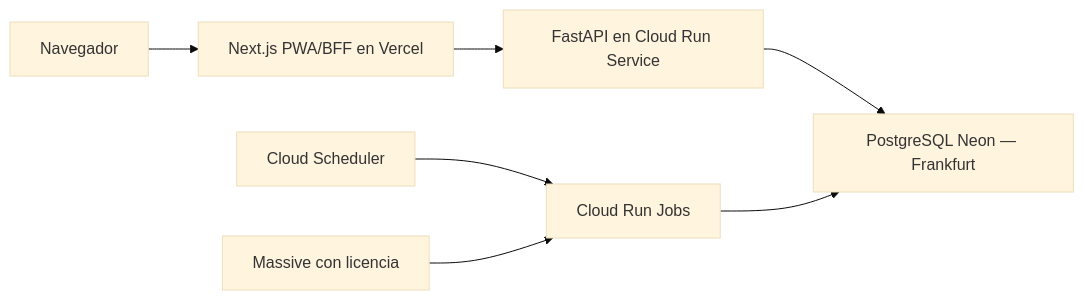
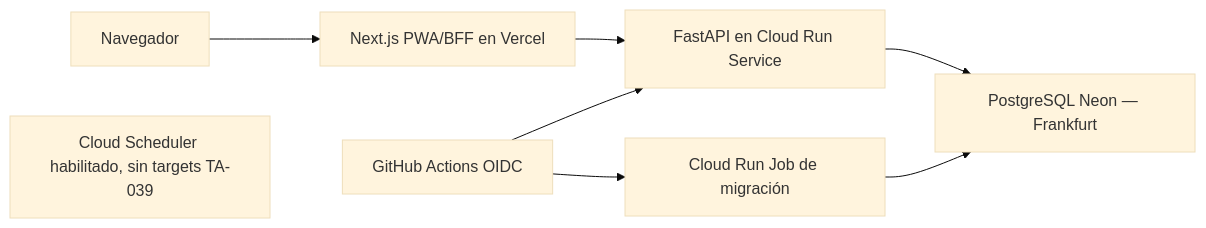
The second of 2 diagrams in doc/arquitectura.md (anamcarretero/trade-arena), drawn with Mermaid (base theme) before and after one commit. The commit also changed other lines of this file and 29 other files, not shown here.

````diff
--- a/doc/arquitectura.md
+++ b/doc/arquitectura.md
@@ -426,9 +438,10 @@
 ```mermaid
 flowchart LR
   B["Navegador"] --> W["Next.js PWA/BFF en Vercel"]
   W --> A["FastAPI en Cloud Run Service"]
   A --> N["PostgreSQL Neon — Frankfurt"]
-  S["Cloud Scheduler"] --> J["Cloud Run Jobs"]
-  J --> N
-  M["Massive con licencia"] --> J
+  G["GitHub Actions OIDC"] --> M["Cloud Run Job de migración"]
+  M --> N
+  G --> A
+  S["Cloud Scheduler habilitado, sin targets TA-039"]
 ```
````
